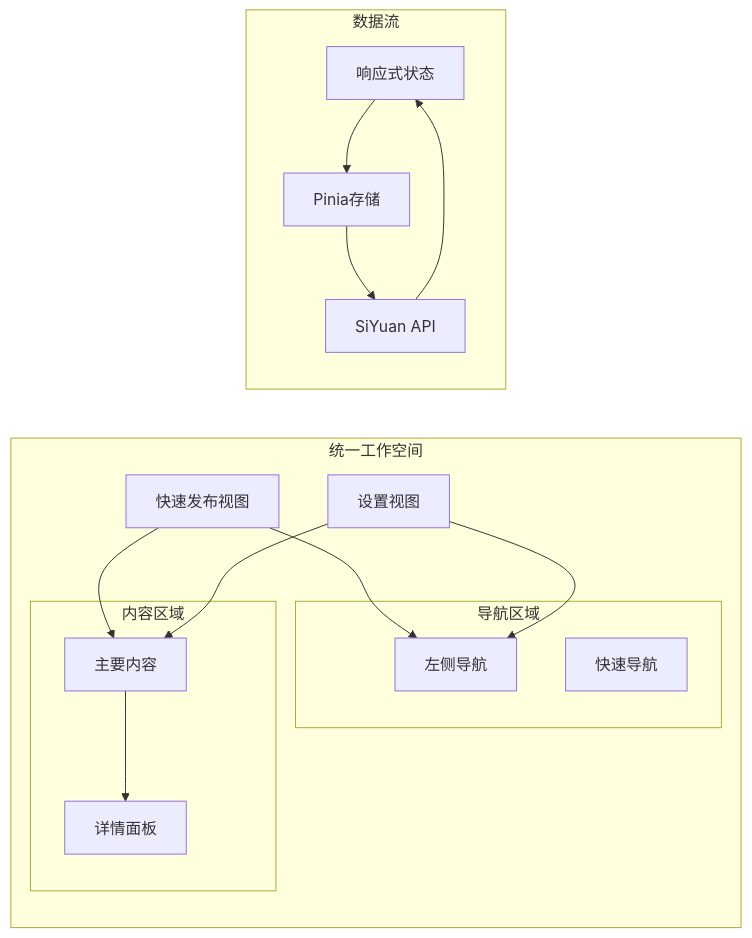
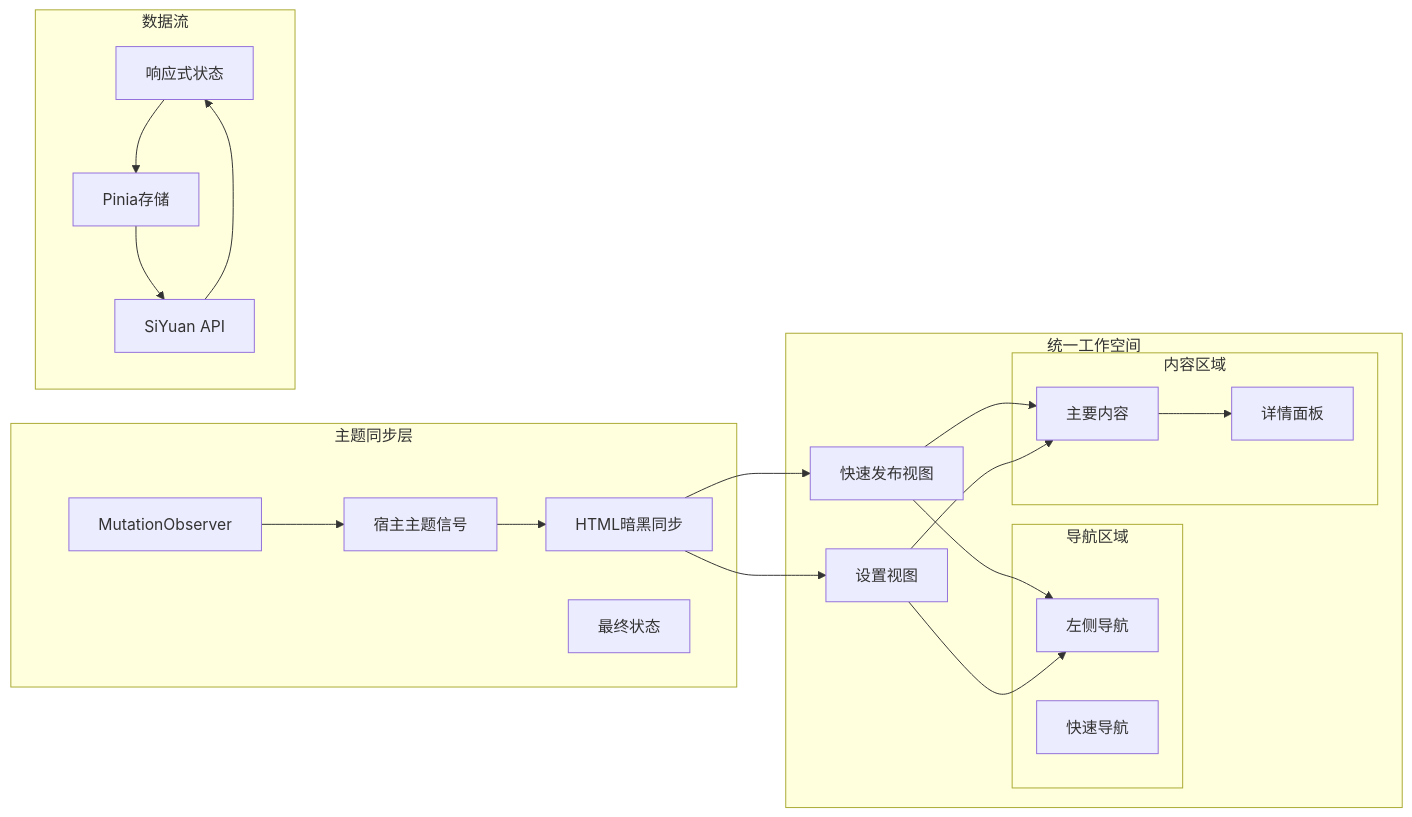
The fourth of 13 diagrams in .qoder/repowiki/zh/content/用户界面组件/UI V2 设计原则.md (terwer/siyuan-plugin-publisher), drawn with Mermaid before and after one commit. The commit also changed other lines of this file and 19 other files, not shown here.

````diff
--- a/.qoder/repowiki/zh/content/用户界面组件/UI V2 设计原则.md
+++ b/.qoder/repowiki/zh/content/用户界面组件/UI V2 设计原则.md
@@ -170,28 +207,38 @@
 ```mermaid
 graph LR
 subgraph "统一工作空间"
 QuickPublish[快速发布视图]
 Settings[设置视图]
 subgraph "导航区域"
 Nav[左侧导航]
 QuickNav[快速导航]
 end
 subgraph "内容区域"
 Content[主要内容]
 Detail[详情面板]
 end
 end
+subgraph "主题同步层"
+ThemeObserver[MutationObserver]
+HostTheme[宿主主题信号]
+HtmlDark[HTML暗黑同步]
+EndState[最终状态]
+end
 subgraph "数据流"
 State[响应式状态]
 Store[Pinia存储]
 API[SiYuan API]
 end
 QuickPublish --> Nav
 Settings --> Nav
 QuickPublish --> Content
 Settings --> Content
 Content --> Detail
+ThemeObserver --> HostTheme
+HostTheme --> HtmlDark
+HtmlDark --> QuickPublish
+HtmlDark --> Settings
 State --> Store
 Store --> API
 API --> State
 ```
````
